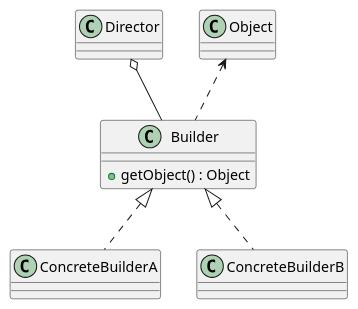
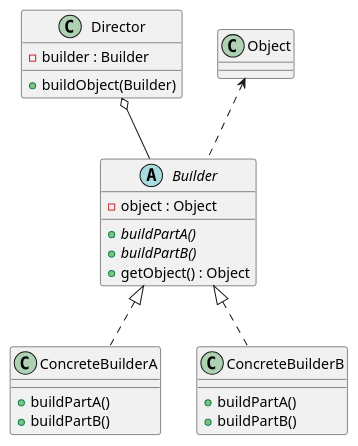
One commit to dig2root/DesignPatternsCheatSheets changed the diagram in PlantUML/Builder.plantuml. Above: the diagram before and after it, drawn with PlantUML. The commit also changed 4 other files, not shown here.

```diff
--- a/PlantUML/Builder.plantuml
+++ b/PlantUML/Builder.plantuml
@@ -1,19 +1,31 @@
 @startuml Builder
-class Builder{
+abstract class Builder{
+- object : Object
++{abstract} buildPartA()
++{abstract} buildPartB()
 +getObject() : Object
 }
 
-class Director{}
+class Director{
+- builder : Builder
++buildObject(Builder)
+}
 
-class ConcreteBuilderA{}
+class ConcreteBuilderA{
++buildPartA()
++buildPartB()
+}
 
-class ConcreteBuilderB{}
+class ConcreteBuilderB{
++buildPartA()
++buildPartB()
+}
 
 class Object{}
 
 Builder <|.. ConcreteBuilderA
 Builder <|.. ConcreteBuilderB
 Director o-- Builder
 Object <.. Builder
 
 @enduml
```
